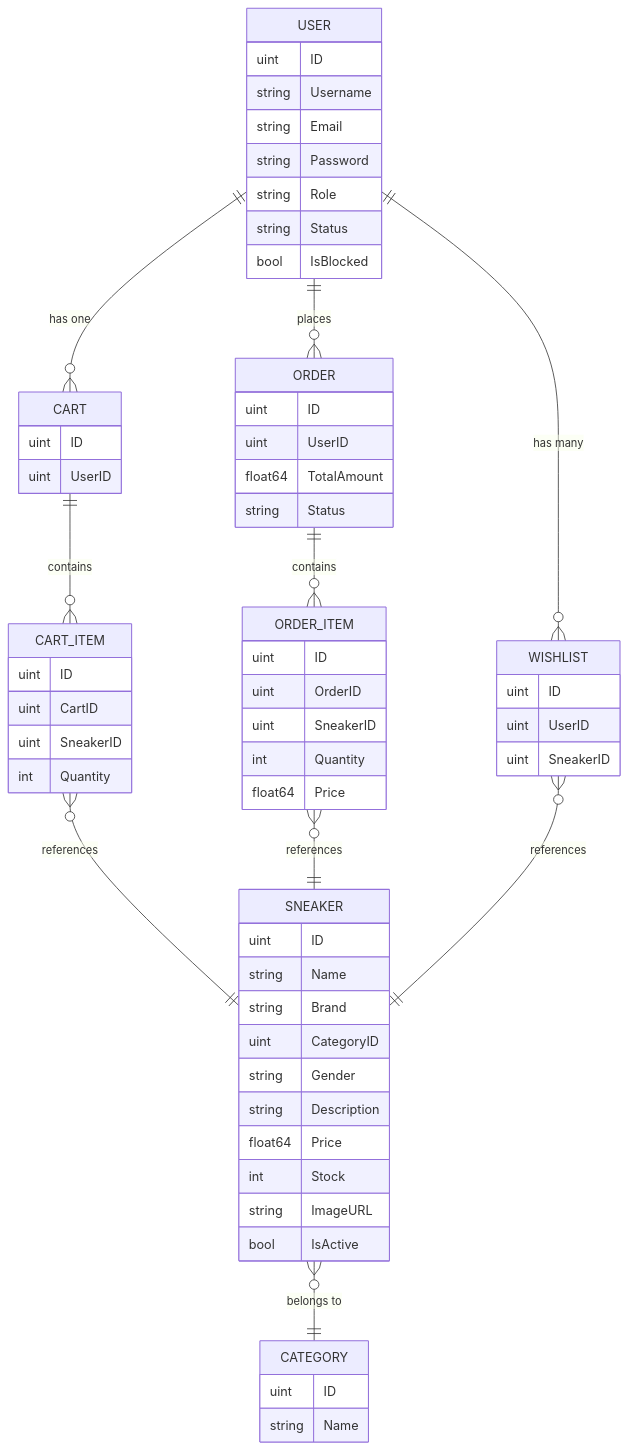
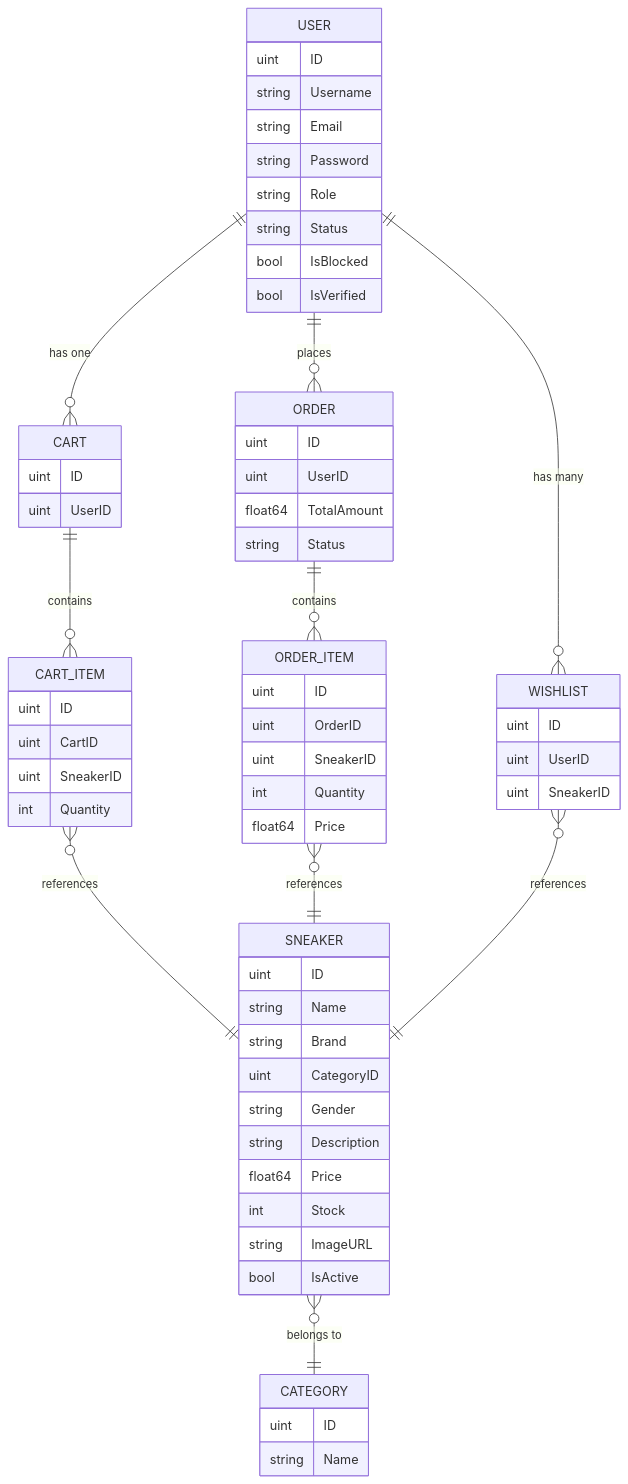
The diagram in README.md (muhammedfazall/go-ecommerce), drawn with Mermaid before and after one commit. The commit also changed other lines of this file, not shown here.

````diff
--- a/README.md
+++ b/README.md
@@ -76,66 +85,67 @@
 ```mermaid
 erDiagram
     USER ||--o{ CART : "has one"
     USER ||--o{ ORDER : "places"
     USER ||--o{ WISHLIST : "has many"
     CART ||--o{ CART_ITEM : "contains"
     CART_ITEM }o--|| SNEAKER : "references"
     ORDER ||--o{ ORDER_ITEM : "contains"
     ORDER_ITEM }o--|| SNEAKER : "references"
     SNEAKER }o--|| CATEGORY : "belongs to"
     WISHLIST }o--|| SNEAKER : "references"
 
     USER {
         uint   ID
         string Username
         string Email
         string Password
         string Role
         string Status
         bool   IsBlocked
+        bool   IsVerified
     }
     SNEAKER {
         uint    ID
         string  Name
         string  Brand
         uint    CategoryID
         string  Gender
         string  Description
         float64 Price
         int     Stock
         string  ImageURL
         bool    IsActive
     }
     CATEGORY {
         uint   ID
         string Name
     }
     CART {
         uint ID
         uint UserID
     }
     CART_ITEM {
         uint ID
         uint CartID
         uint SneakerID
         int  Quantity
     }
     ORDER {
         uint    ID
         uint    UserID
         float64 TotalAmount
         string  Status
     }
     ORDER_ITEM {
         uint    ID
         uint    OrderID
         uint    SneakerID
         int     Quantity
         float64 Price
     }
     WISHLIST {
         uint ID
         uint UserID
         uint SneakerID
     }
 ```
````
